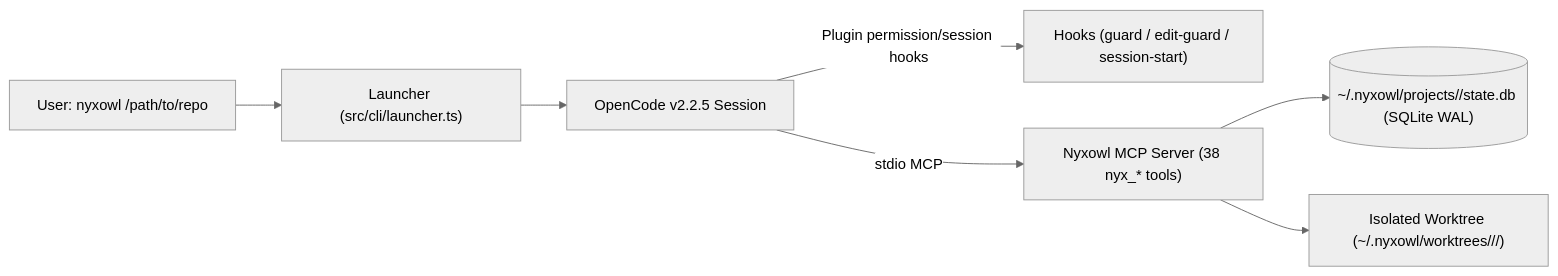
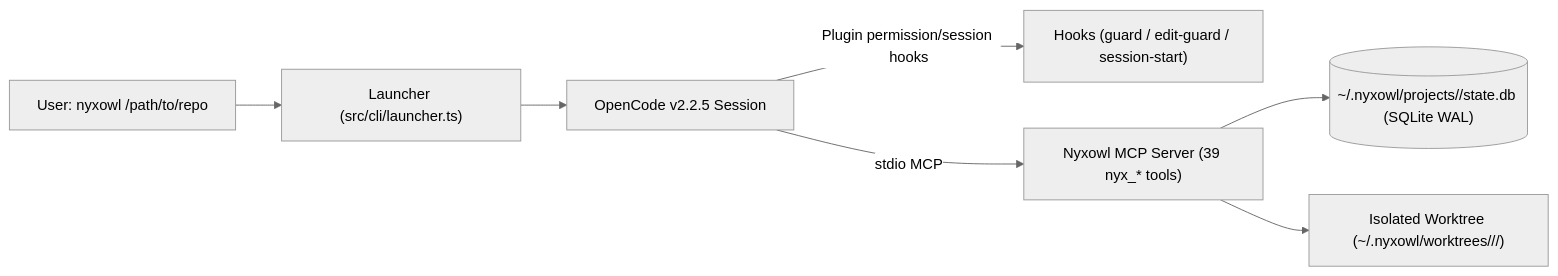
Before and after one commit to nightowl6am-lab/nyxowl: the diagram in docs/architecture.md, drawn with Mermaid (neutral theme). The commit also changed other lines of this file and 65 other files, not shown here.

````diff
--- a/docs/architecture.md
+++ b/docs/architecture.md
@@ -10,9 +10,9 @@
 ```mermaid
 flowchart LR
     U["User: nyxowl /path/to/repo"] --> L["Launcher (src/cli/launcher.ts)"]
     L --> H["OpenCode v2.2.5 Session"]
     H -- "Plugin permission/session hooks" --> HK["Hooks (guard / edit-guard / session-start)"]
-    H -- "stdio MCP" --> M["Nyxowl MCP Server (38 nyx_* tools)"]
+    H -- "stdio MCP" --> M["Nyxowl MCP Server (39 nyx_* tools)"]
     M --> DB[("~/.nyxowl/projects/<repo-id>/state.db (SQLite WAL)")]
     M --> WT["Isolated Worktree (~/.nyxowl/worktrees/<repo-id>/<slug>/)"]
 ```
````
